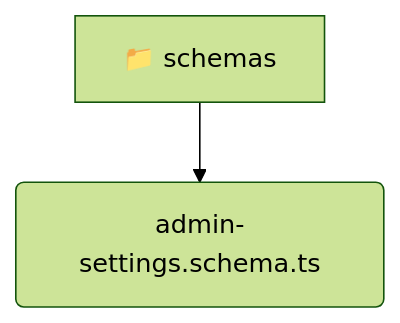
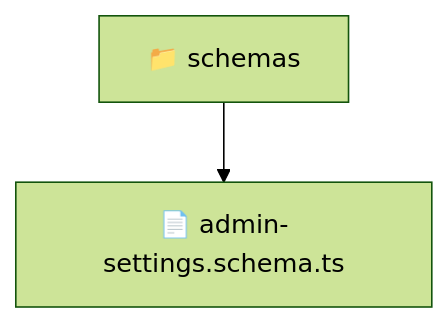
One commit to beginwebdev2002/fullstack-mavluda changed the diagram in backend/src/modules/admin-settings/infrastructure/schemas/README.md. Above: the diagram before and after it, drawn with Mermaid (forest theme). The commit also changed other lines of this file and 163 other files, not shown here.

````diff
--- a/backend/src/modules/admin-settings/infrastructure/schemas/README.md
+++ b/backend/src/modules/admin-settings/infrastructure/schemas/README.md
@@ -9,5 +10,5 @@
 ```mermaid
 graph TD
-  schemas[📁 schemas]
-  schemas --> schemas_admin_settings_schema_ts(admin-settings.schema.ts)
+  Root["📁 schemas"]
+  Root --> adminsettingsschemats["📄 admin-settings.schema.ts"]
 ```
````
